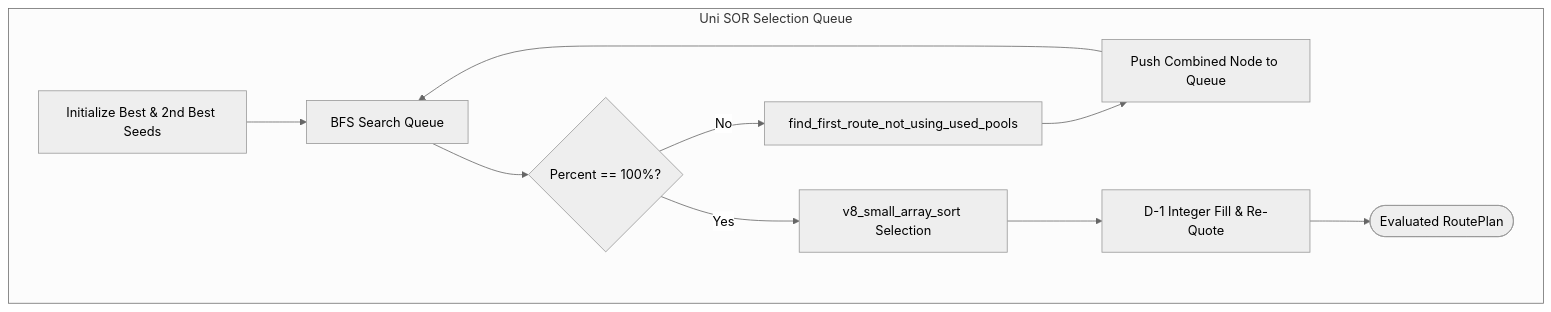
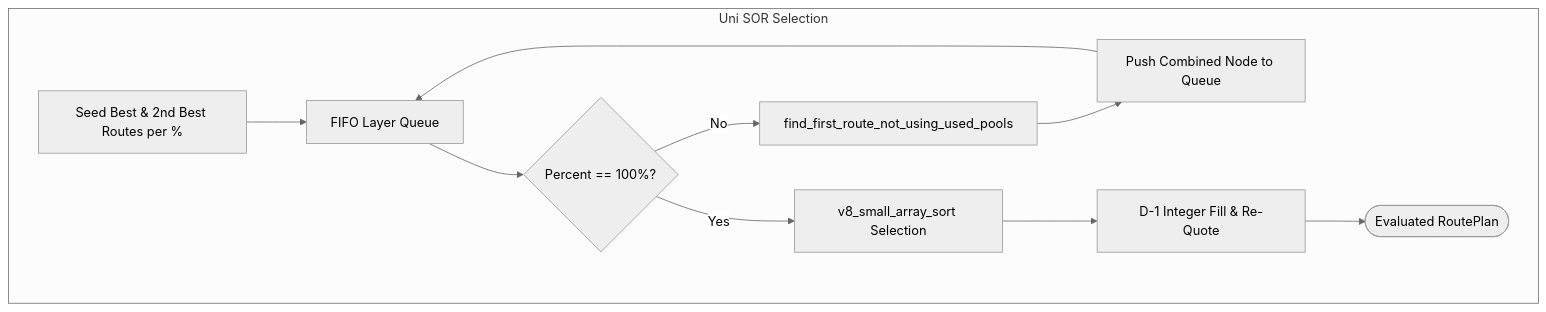
The seventh of 7 diagrams in docs/references/routing-algorithms.md (Whisker17/router-algorithms-optimizer), drawn with Mermaid (neutral theme) before and after one commit. The commit also changed other lines of this file and 2 other files, not shown here.

````diff
--- a/docs/references/routing-algorithms.md
+++ b/docs/references/routing-algorithms.md
@@ -670,13 +742,13 @@
 ```mermaid
 flowchart TD
-    subgraph Uni SOR Selection Queue
-        Init[Initialize Best & 2nd Best Seeds] --> Q[BFS Search Queue]
+    subgraph Uni SOR Selection
+        Init[Seed Best & 2nd Best Routes per %] --> Q[FIFO Layer Queue]
         Q --> Check{Percent == 100%?}
         Check -- No --> Find[find_first_route_not_using_used_pools]
         Find --> Push[Push Combined Node to Queue]
         Push --> Q
         Check -- Yes --> Final[v8_small_array_sort Selection]
         Final --> D1[D-1 Integer Fill & Re-Quote]
         D1 --> Out([Evaluated RoutePlan])
     end
 ```
````
